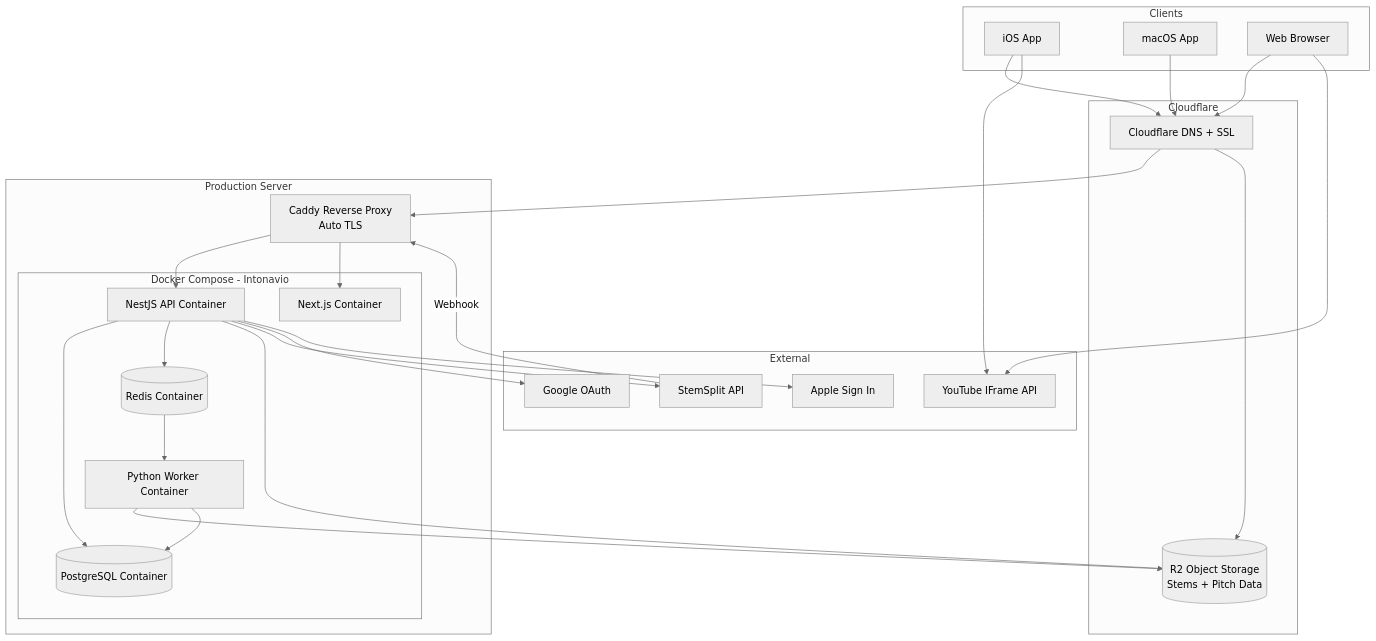
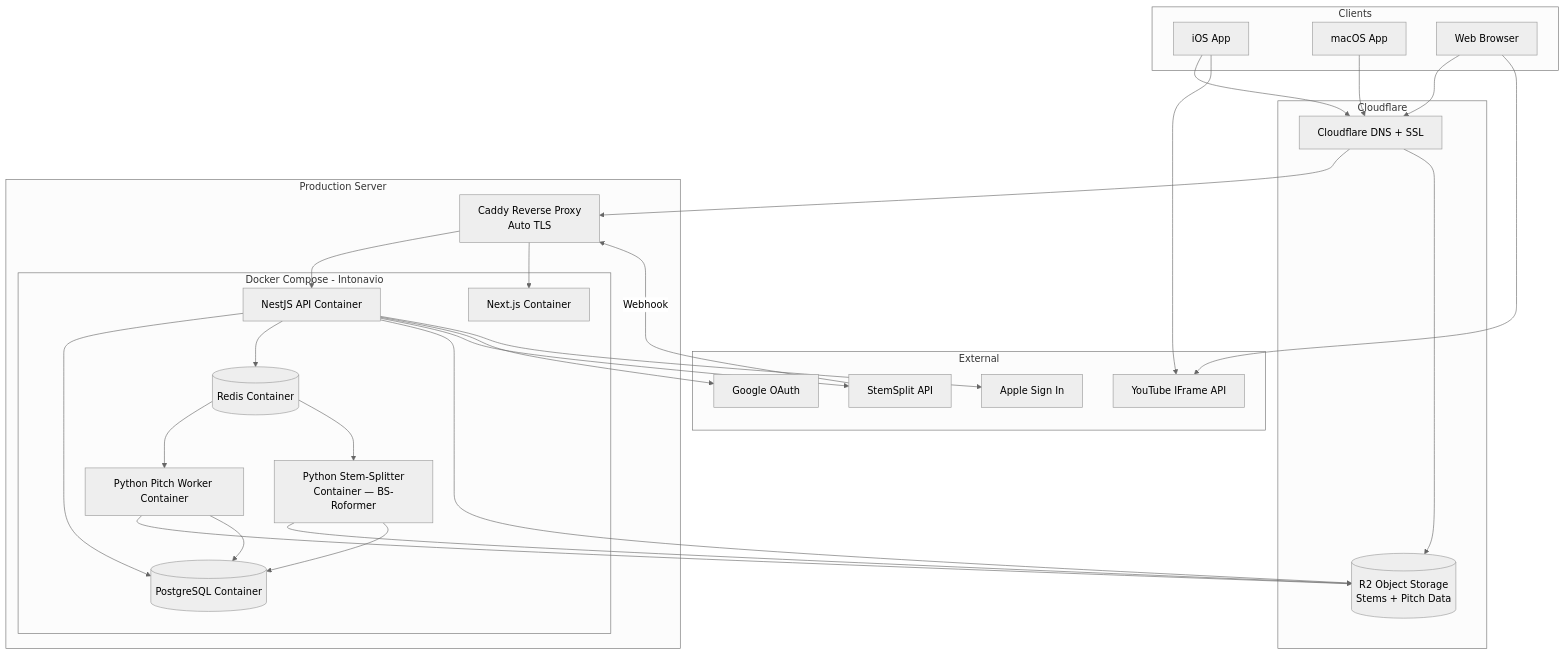
One commit to pawelgawliczek/intonavio changed the first of 2 diagrams in docs/08-infrastructure.md. Above: the diagram before and after it, drawn with Mermaid (neutral theme). The commit also changed other lines of this file and 10 other files, not shown here.

````diff
--- a/docs/08-infrastructure.md
+++ b/docs/08-infrastructure.md
@@ -5,57 +5,61 @@
 ```mermaid
 graph TD
     subgraph Clients
         iOS[iOS App]
         macOS[macOS App]
         Browser[Web Browser]
     end
 
     subgraph Cloudflare
         CF[Cloudflare DNS + SSL]
         R2[(R2 Object Storage<br/>Stems + Pitch Data)]
     end
 
     subgraph Production Server
         Caddy[Caddy Reverse Proxy<br/>Auto TLS]
         subgraph Docker Compose - Intonavio
             API[NestJS API Container]
             Web[Next.js Container]
-            Worker[Python Worker Container]
+            Worker[Python Pitch Worker Container]
+            StemWorker[Python Stem-Splitter<br/>Container — BS-Roformer]
             PG[(PostgreSQL Container)]
             Redis[(Redis Container)]
         end
     end
 
     subgraph External
         SS[StemSplit API]
         Google[Google OAuth]
         Apple[Apple Sign In]
         YT[YouTube IFrame API]
     end
 
     iOS --> CF
     macOS --> CF
     Browser --> CF
 
     CF --> Caddy
     CF --> R2
 
     iOS --> YT
     Browser --> YT
 
     Caddy --> API
     Caddy --> Web
 
     API --> PG
     API --> Redis
     API --> R2
     API --> SS
     API --> Google
     API --> Apple
 
     Redis --> Worker
+    Redis --> StemWorker
     Worker --> R2
     Worker --> PG
+    StemWorker --> R2
+    StemWorker --> PG
 
     SS -->|Webhook| Caddy
 ```
````
